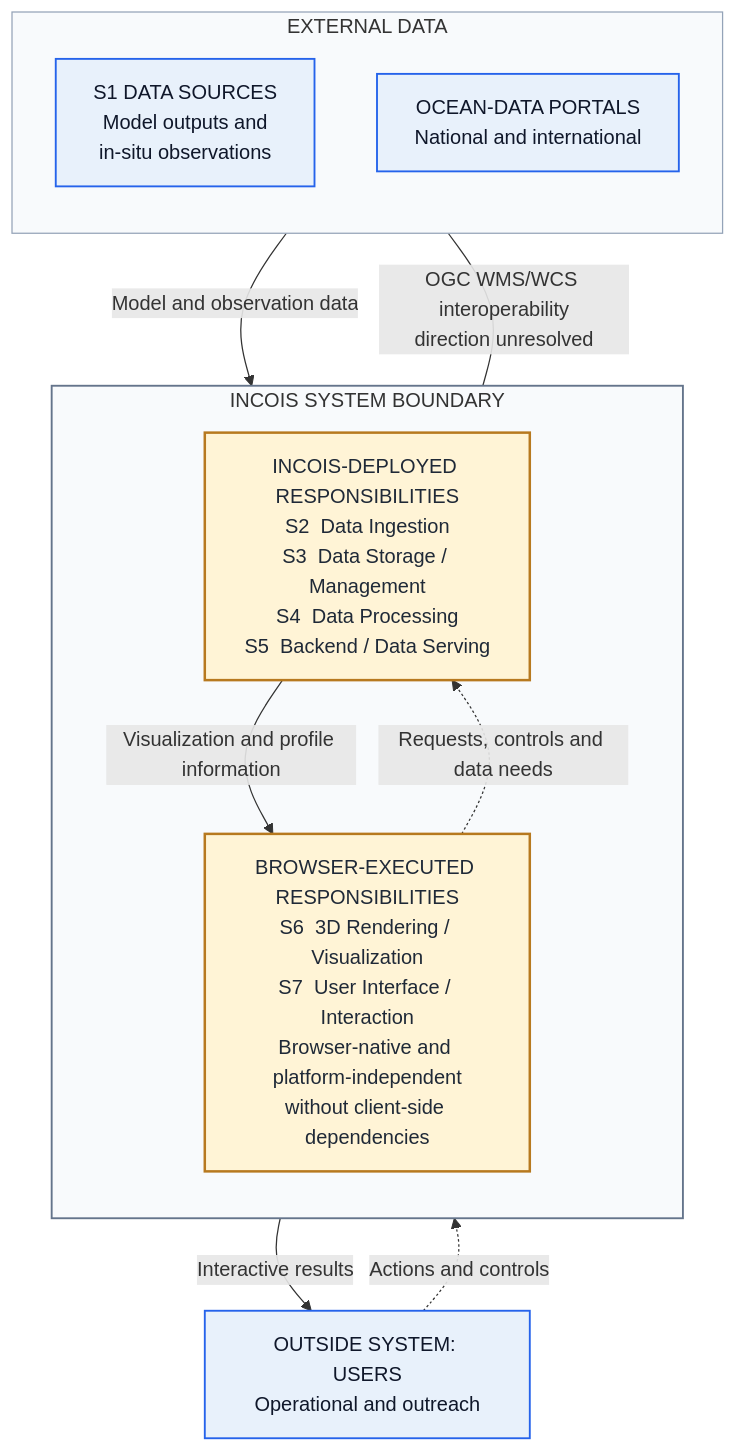
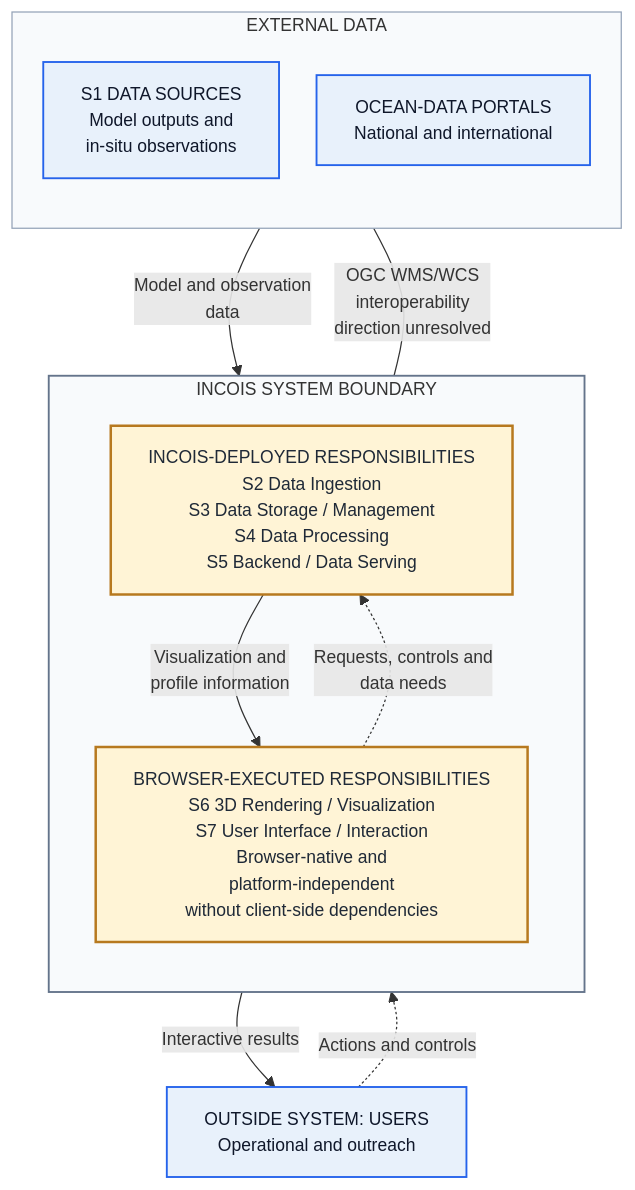
Before and after one commit to CSubham/incois-3d-ocean-visualization: the second of 6 diagrams in HLSA_INCOIS_3D_Ocean_Data_Visualization_System.md, drawn with Mermaid. The commit also changed other lines of this file, not shown here.

Commit message:
High Level Software Architecture (can be revised in case of missing content or errors)

````diff
--- a/HLSA_INCOIS_3D_Ocean_Data_Visualization_System.md
+++ b/HLSA_INCOIS_3D_Ocean_Data_Visualization_System.md
@@ -53,30 +54,31 @@
 ```mermaid
+%%{init: {"flowchart": {"wrappingWidth": 360, "rankSpacing": 55, "nodeSpacing": 30}, "themeVariables": {"fontSize": "14px"}}}%%
 flowchart TB
     subgraph EXTERNAL_DATA["EXTERNAL DATA"]
         direction TB
         SOURCES["S1  DATA SOURCES<br/>Model outputs and<br/>in-situ observations"]:::external
         PORTALS["OCEAN-DATA PORTALS<br/>National and international"]:::external
     end
 
     subgraph SYSTEM["INCOIS SYSTEM BOUNDARY"]
         direction TB
         PLATFORM["INCOIS-DEPLOYED RESPONSIBILITIES<br/>S2  Data Ingestion<br/>S3  Data Storage / Management<br/>S4  Data Processing<br/>S5  Backend / Data Serving"]:::responsibility
 
-        BROWSER["BROWSER-EXECUTED RESPONSIBILITIES<br/>S6  3D Rendering / Visualization<br/>S7  User Interface / Interaction<br/>Browser-native and platform-independent<br/>without client-side dependencies"]:::responsibility
+        BROWSER["BROWSER-EXECUTED RESPONSIBILITIES<br/>S6  3D Rendering / Visualization<br/>S7  User Interface / Interaction<br/>Browser-native and<br/>platform-independent<br/>without client-side dependencies"]:::responsibility
 
-        PLATFORM -->|"Visualization and profile information"| BROWSER
-        BROWSER -.->|"Requests, controls and data needs"| PLATFORM
+        PLATFORM -->|"Visualization and<br/>profile information"| BROWSER
+        BROWSER -.->|"Requests, controls and<br/>data needs"| PLATFORM
     end
 
     USERS["OUTSIDE SYSTEM: USERS<br/>Operational and outreach"]:::external
 
-    SOURCES -->|"Model and observation data"| PLATFORM
-    PORTALS ---|"OGC WMS/WCS interoperability<br/>direction unresolved"| PLATFORM
+    SOURCES -->|"Model and observation<br/>data"| PLATFORM
+    PORTALS ---|"OGC WMS/WCS<br/>interoperability<br/>direction unresolved"| PLATFORM
     USERS -.->|"Actions and controls"| BROWSER
     BROWSER -->|"Interactive results"| USERS
 
     classDef external fill:#E8F1FB,stroke:#2563EB,color:#0F172A,stroke-width:1.5px;
     classDef responsibility fill:#FFF4D6,stroke:#B7791F,color:#1F2937,stroke-width:2px;
     style EXTERNAL_DATA fill:#F8FAFC,stroke:#94A3B8,stroke-width:1px
     style SYSTEM fill:#F8FAFC,stroke:#64748B,stroke-width:1.5px
 ```
````
